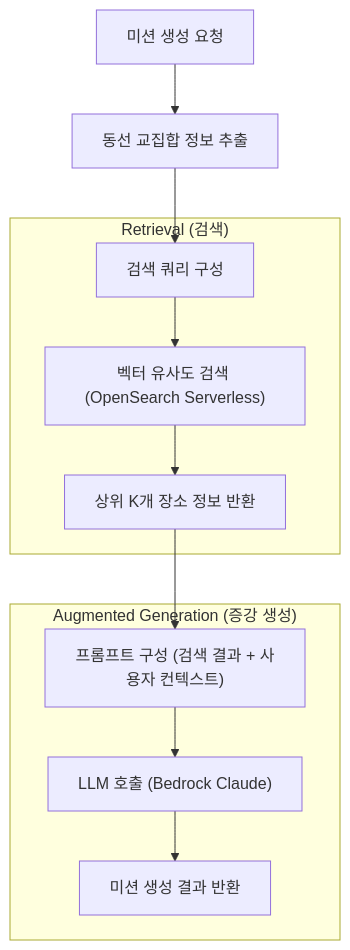
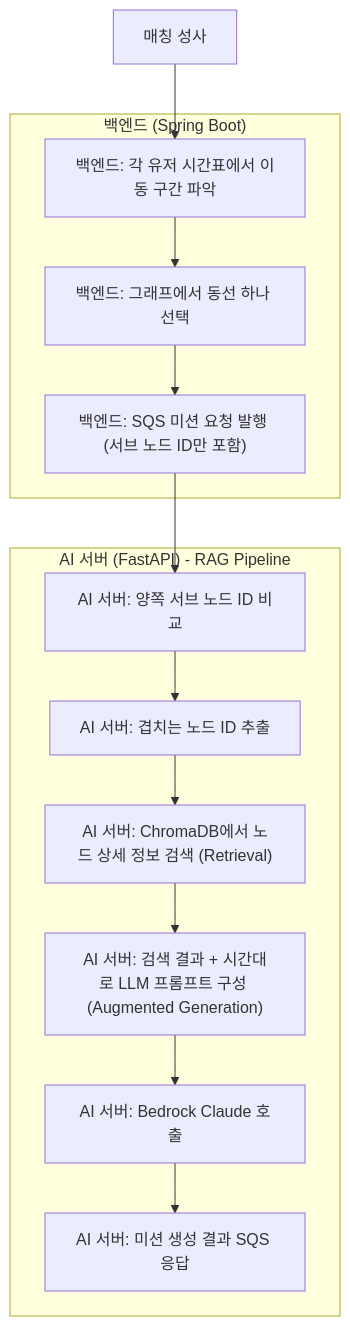
One commit to kookmin-sw/2026-capstone-57 changed the seventh of 8 diagrams in .kiro/specs/ilgi-yebo/design.md. Above: the diagram before and after it, drawn with Mermaid. The commit also changed other lines of this file and 2 other files, not shown here.

Commit message:
docs: 캠퍼스 공간 데이터 리팩토링 및 rag 기반 미션 생성

````diff
--- a/.kiro/specs/ilgi-yebo/design.md
+++ b/.kiro/specs/ilgi-yebo/design.md
@@ -875,22 +887,27 @@
 ```mermaid
 flowchart TD
-    A[미션 생성 요청] --> B[동선 교집합 정보 추출]
-    B --> C[검색 쿼리 구성]
-    C --> D["벡터 유사도 검색 (OpenSearch Serverless)"]
-    D --> E[상위 K개 장소 정보 반환]
-    E --> F["프롬프트 구성 (검색 결과 + 사용자 컨텍스트)"]
-    F --> G["LLM 호출 (Bedrock Claude)"]
-    G --> H[미션 생성 결과 반환]
+    A[매칭 성사] --> B[백엔드: 각 유저 시간표에서 이동 구간 파악]
+    B --> C[백엔드: 그래프에서 동선 하나 선택]
+    C --> D["백엔드: SQS 미션 요청 발행 (서브 노드 ID만 포함)"]
+    D --> E[AI 서버: 양쪽 서브 노드 ID 비교]
+    E --> F[AI 서버: 겹치는 노드 ID 추출]
+    F --> G["AI 서버: ChromaDB에서 노드 상세 정보 검색 (Retrieval)"]
+    G --> H["AI 서버: 검색 결과 + 시간대로 LLM 프롬프트 구성 (Augmented Generation)"]
+    H --> I["AI 서버: Bedrock Claude 호출"]
+    I --> J[AI 서버: 미션 생성 결과 SQS 응답]
 
-    subgraph "Retrieval (검색)"
+    subgraph "백엔드 (Spring Boot)"
+        B
         C
         D
-        E
     end
 
-    subgraph "Augmented Generation (증강 생성)"
+    subgraph "AI 서버 (FastAPI) - RAG Pipeline"
+        E
         F
         G
         H
+        I
+        J
     end
 ```
````
